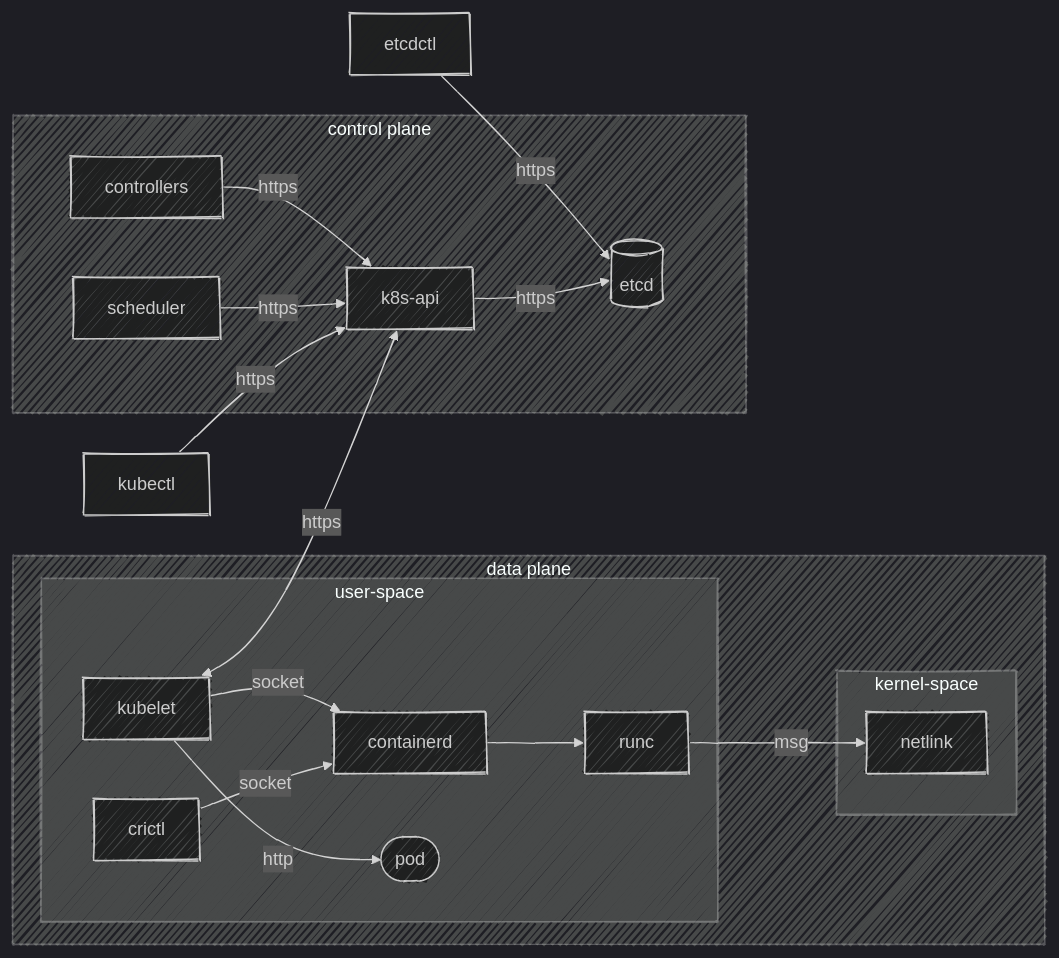
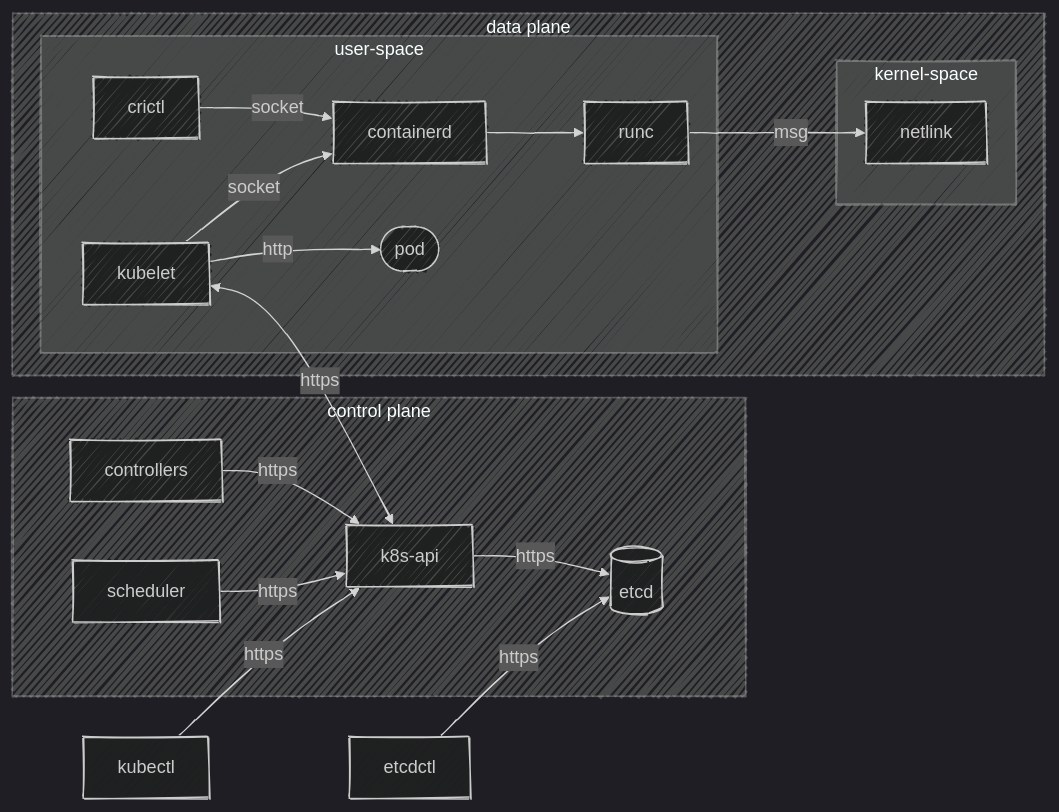
The diagram in documentation/blog/2019-09-05-kubernetes-hello.mdx (H-BF/sgroups), drawn with Mermaid before and after one commit. The commit also changed other lines of this file and 12 other files, not shown here.

````diff
--- a/documentation/blog/2019-09-05-kubernetes-hello.mdx
+++ b/documentation/blog/2019-09-05-kubernetes-hello.mdx
@@ -57,53 +59,64 @@
 ```mermaid
 ---
 config:
   look: handDrawn
   theme: dark  
 ---
 
 
 flowchart LR
 
   etcdctl[etcdctl]
   kubectl[kubectl]
   kubelet[kubelet]
   controllers[controllers]
   scheduler[scheduler]
   crictl[crictl]
   api[k8s-api]
   db[(etcd)]
   cri[containerd]
   runc[runc]
   pod([pod])
 
-  etcdctl-->|https|db
+
+
+  subgraph control plane
+    api
+    controllers
+    scheduler
+    db
+    
+  end
+
+
   subgraph data plane
-    
-    subgraph user-space
-    kubelet-->|http|pod
-    kubelet-->|socket|cri
-    
-    cri-->runc
-    crictl-->|socket|cri
-    
-    
-    end
+
     subgraph kernel-space
-    runc-->|msg|netlink
+      netlink
     end
 
+    subgraph user-space
+      kubelet
+      cri
+      crictl
+      runc
+
+      pod
+      
+    end
   end
 
-  subgraph control plane
-    api-->|https|db
-    controllers-->|https|api
-    scheduler-->|https|api
-  end
+  api-->|https|db
+  kubelet<-->|https|api
+  crictl-->|socket|cri
+  kubelet-->|http|pod
+  kubelet-->|socket|cri
+  cri-->runc
+  controllers-->|https|api
+  scheduler-->|https|api
+  runc-->|msg|netlink
+  kubectl-->|https|api
+  etcdctl-->|https|db
 
-  
-  kubelet<-->|https|api
-  
-  kubectl-->|https|api
-  
 
 ```
````
